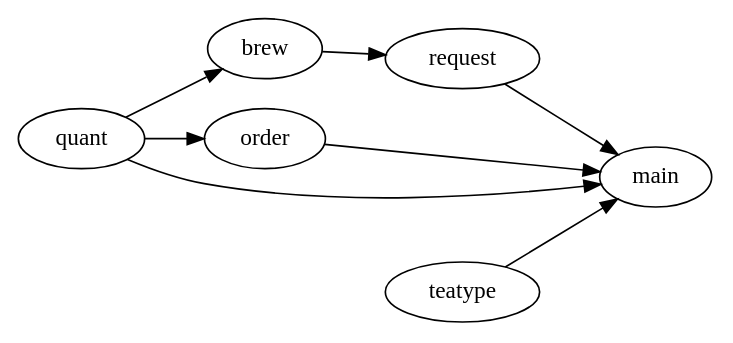
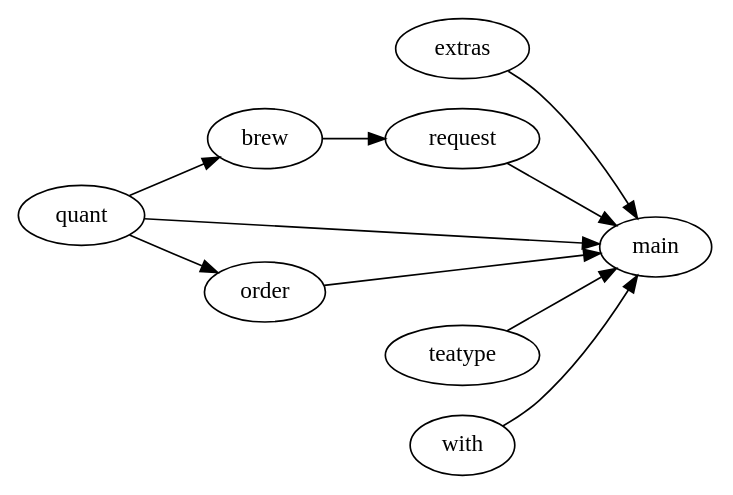
The diagram in export/references.dot (ryancahildebrandt/gsgf), drawn with Graphviz before and after one commit. The commit also changed 29 other files, not shown here.

```diff
--- a/export/references.dot
+++ b/export/references.dot
@@ -1,13 +1,15 @@
 digraph {
 
 	rankdir = "LR"
 
 	<brew> -> <request>;
+	<extras> -> <main>;
 	<order> -> <main>;
 	<quant> -> <brew>;
 	<quant> -> <main>;
 	<quant> -> <order>;
 	<request> -> <main>;
 	<teatype> -> <main>;
+	<with> -> <main>;
 
 }
```
